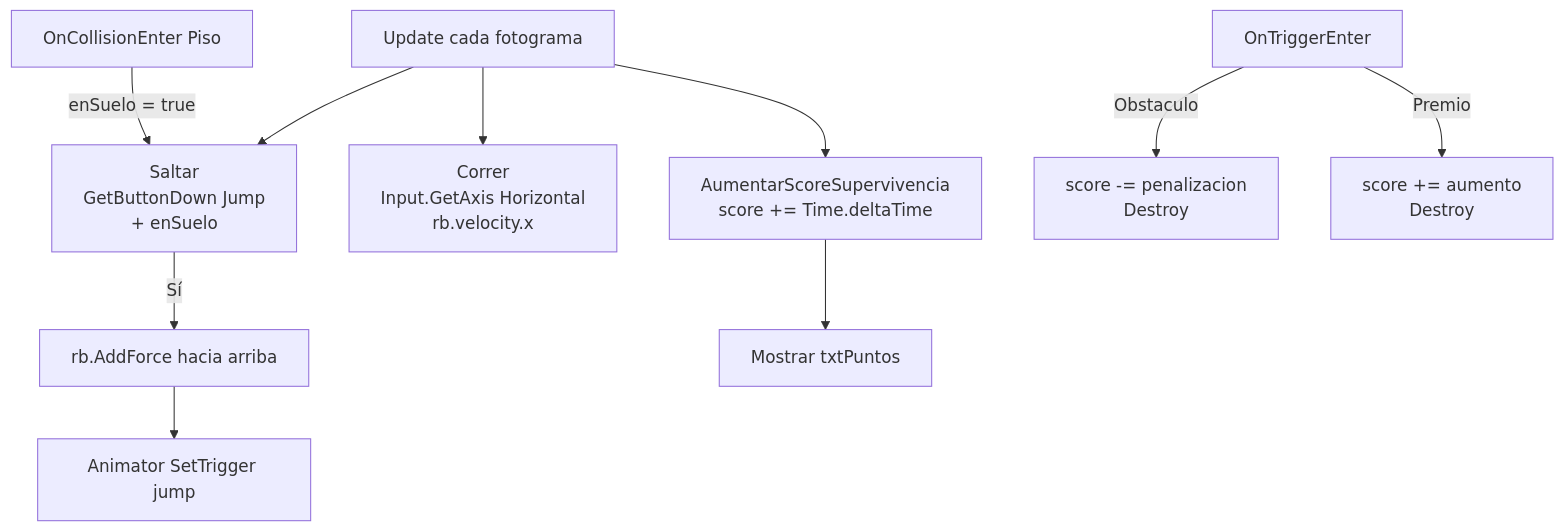
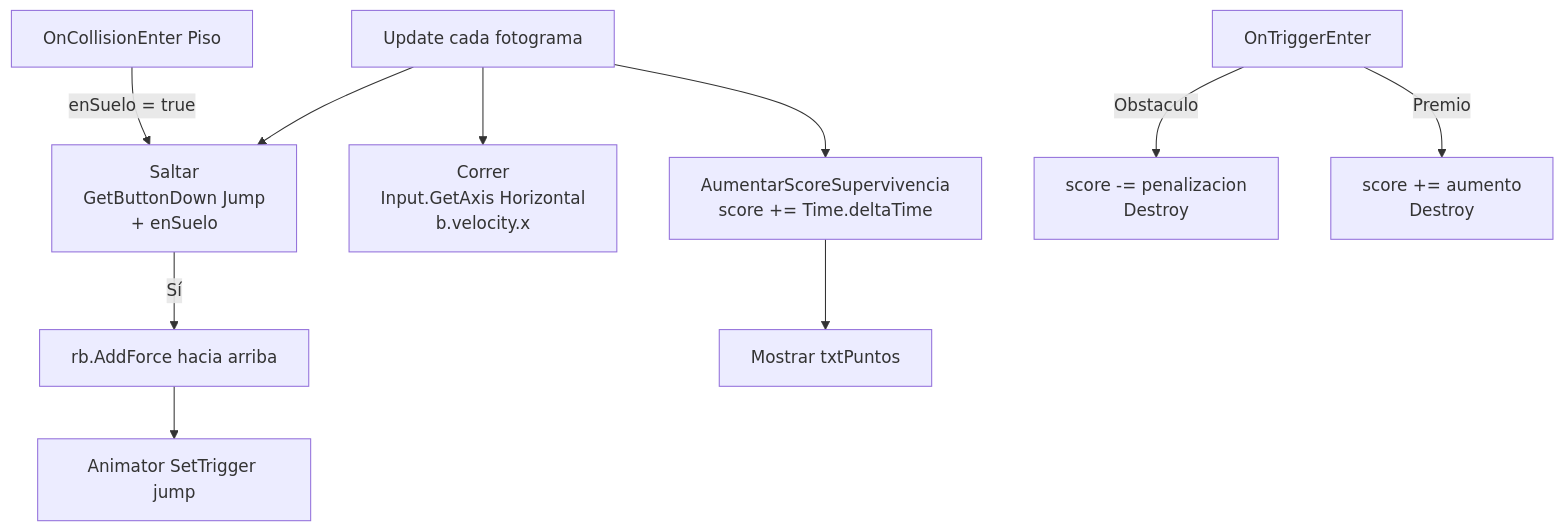
The first of 5 diagrams in docs/06-codigo-explicado.md (VivianGomez/EjemplosPrincipiantesUnity), drawn with Mermaid before and after one commit.

Commit message:
Prueba de correccion de saltos de linea

````diff
--- a/docs/06-codigo-explicado.md
+++ b/docs/06-codigo-explicado.md
@@ -123,12 +123,12 @@
 ```mermaid
 flowchart TD
     A[Update cada fotograma] --> B[AumentarScoreSupervivencia\nscore += Time.deltaTime]
-    A --> C[Correr\nInput.GetAxis Horizontal\nrb.velocity.x]
+    A --> C[Correr<br>Input.GetAxis Horizontal<br>b.velocity.x]
     A --> D[Saltar\nGetButtonDown Jump\n+ enSuelo]
     D -->|Sí| E[rb.AddForce hacia arriba]
     E --> F[Animator SetTrigger jump]
     B --> G[Mostrar txtPuntos]
     H[OnCollisionEnter Piso] -->|enSuelo = true| D
     I[OnTriggerEnter] -->|Obstaculo| J[score -= penalizacion\nDestroy]
     I -->|Premio| K[score += aumento\nDestroy]
 ```
````
